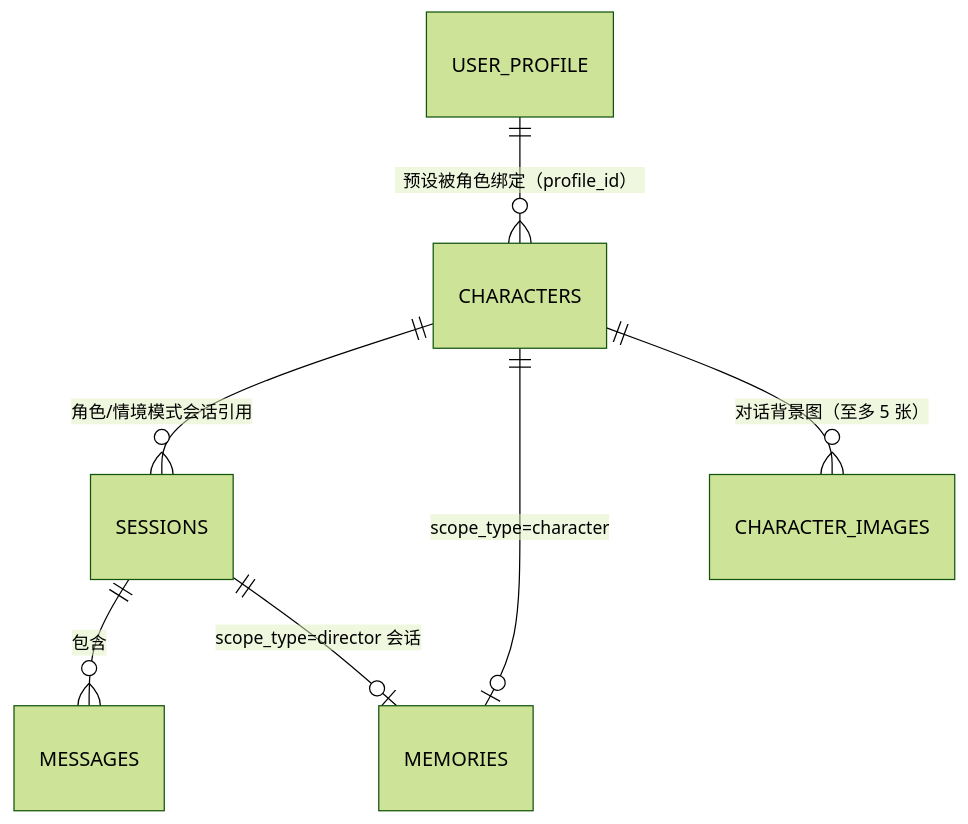
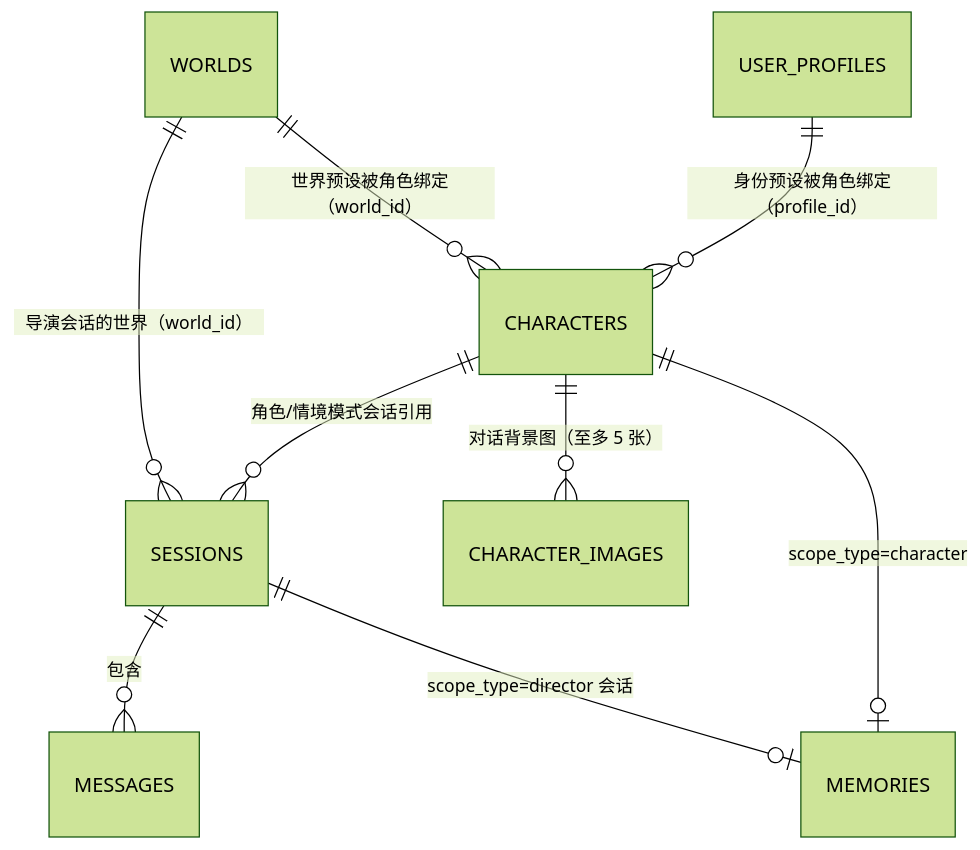
Before and after one commit to camoilo/wonder-realm: the second of 2 diagrams in DEVELOPMENT.md, drawn with Mermaid (forest theme). The commit also changed other lines of this file and 28 other files, not shown here.

````diff
--- a/DEVELOPMENT.md
+++ b/DEVELOPMENT.md
@@ -321,9 +342,11 @@
 ```mermaid
 erDiagram
     CHARACTERS ||--o{ SESSIONS : "角色/情境模式会话引用"
     SESSIONS ||--o{ MESSAGES : "包含"
     CHARACTERS ||--o| MEMORIES : "scope_type=character"
     SESSIONS ||--o| MEMORIES : "scope_type=director 会话"
     CHARACTERS ||--o{ CHARACTER_IMAGES : "对话背景图（至多 5 张）"
-    USER_PROFILE ||--o{ CHARACTERS : "预设被角色绑定（profile_id）"
+    USER_PROFILES ||--o{ CHARACTERS : "身份预设被角色绑定（profile_id）"
+    WORLDS ||--o{ CHARACTERS : "世界预设被角色绑定（world_id）"
+    WORLDS ||--o{ SESSIONS : "导演会话的世界（world_id）"
 ```
````
